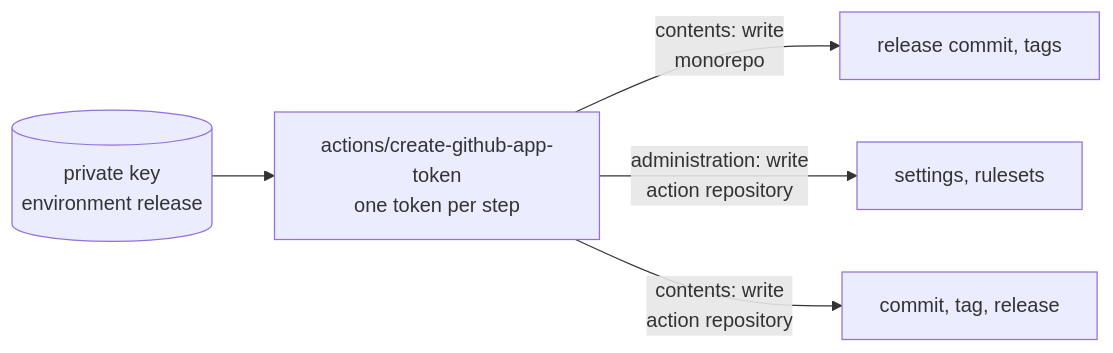
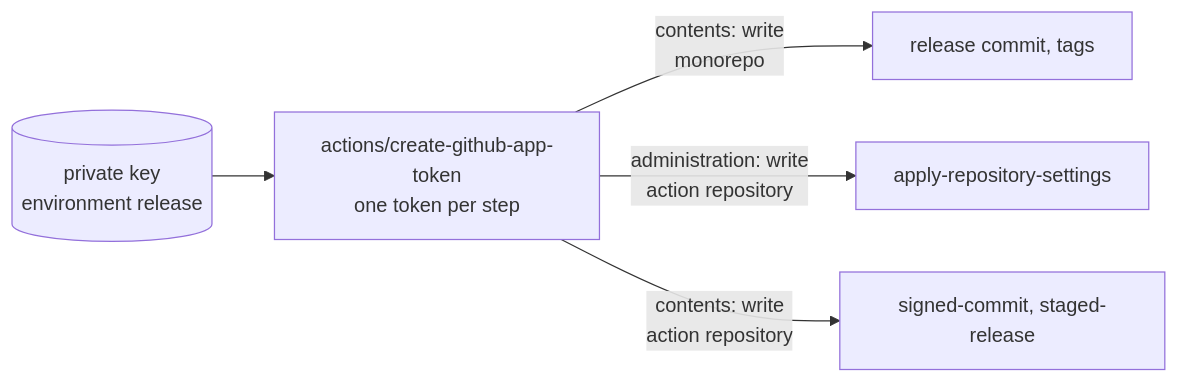
The fifth of 6 diagrams in ARCHITECTURE.md (simbo-actions/actions), drawn with Mermaid before and after one commit. The commit also changed other lines of this file and 100 other files, not shown here.

First line of the commit message:
feat(repo): staged-release, apply-repository-settings, and dependency checks

````diff
--- a/ARCHITECTURE.md
+++ b/ARCHITECTURE.md
@@ -207,7 +239,7 @@
 ```mermaid
 flowchart LR
   key[("private key<br/>environment release")] --> token["actions/create-github-app-token<br/>one token per step"]
   token -- "contents: write<br/>monorepo" --> release["release commit, tags"]
-  token -- "administration: write<br/>action repository" --> configure["settings, rulesets"]
-  token -- "contents: write<br/>action repository" --> publish["commit, tag, release"]
+  token -- "administration: write<br/>action repository" --> configure["apply-repository-settings"]
+  token -- "contents: write<br/>action repository" --> publish["signed-commit, staged-release"]
 ```
````
